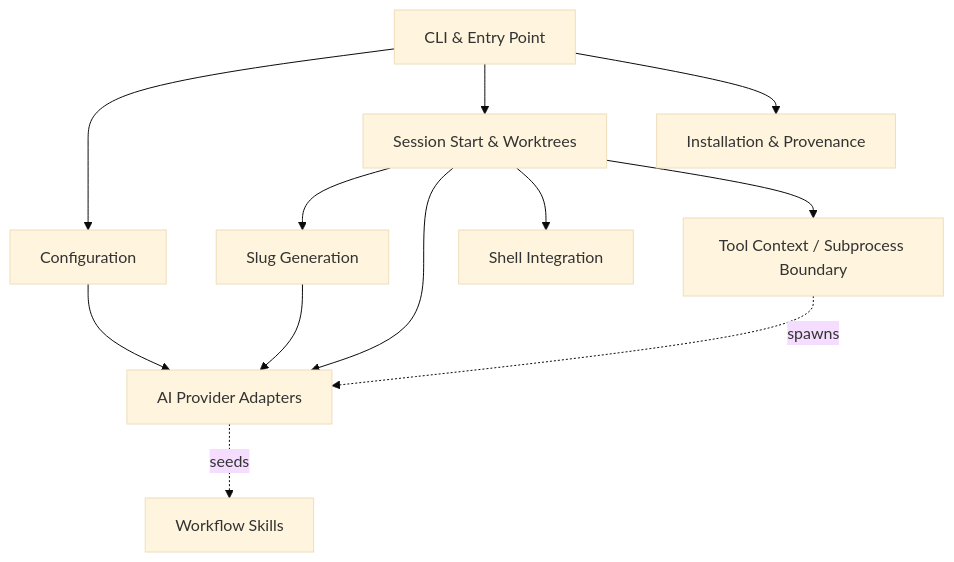
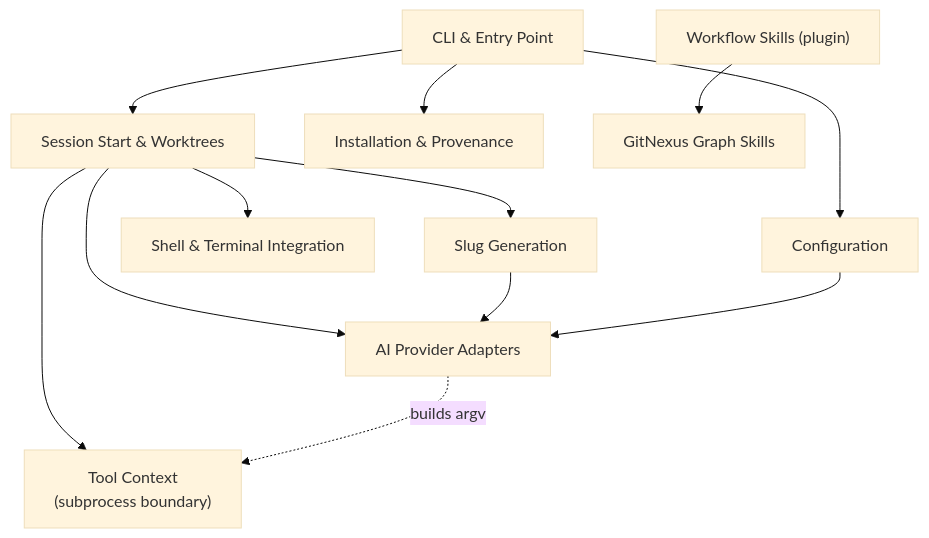
Before and after one commit to chris-husse/oh-my-clanker: the diagram in tests/e2e/artifacts/omc-wiki/overview.md, drawn with Mermaid (base theme). The commit also changed other lines of this file and 3 other files, not shown here.

````diff
--- a/tests/e2e/artifacts/omc-wiki/overview.md
+++ b/tests/e2e/artifacts/omc-wiki/overview.md
@@ -14,24 +22,25 @@
 ```mermaid
 graph TD
-    CLI[CLI & Entry Point]
-    CFG[Configuration]
-    START[Session Start & Worktrees]
-    SLUG[Slug Generation]
-    PROV[AI Provider Adapters]
-    SHELL[Shell Integration]
-    INSTALL[Installation & Provenance]
-    SKILLS[Workflow Skills]
-    CTX[Tool Context / Subprocess Boundary]
+    CLI["CLI & Entry Point"]
+    Start["Session Start & Worktrees"]
+    Slug["Slug Generation"]
+    Config["Configuration"]
+    Providers["AI Provider Adapters"]
+    Ctx["Tool Context<br/>(subprocess boundary)"]
+    ShellTerm["Shell & Terminal Integration"]
+    Install["Installation & Provenance"]
+    Skills["Workflow Skills (plugin)"]
+    GitNexus["GitNexus Graph Skills"]
 
-    CLI --> CFG
-    CLI --> START
-    CLI --> INSTALL
-    START --> SLUG
-    START --> PROV
-    START --> SHELL
-    SLUG --> PROV
-    CFG --> PROV
-    START --> CTX
-    PROV -.seeds.-> SKILLS
-    CTX -.spawns.-> PROV
+    CLI --> Start
+    CLI --> Config
+    CLI --> Install
+    Start --> Slug
+    Start --> Providers
+    Start --> ShellTerm
+    Slug --> Providers
+    Config --> Providers
+    Start --> Ctx
+    Providers -.builds argv.-> Ctx
+    Skills --> GitNexus
 ```
````
